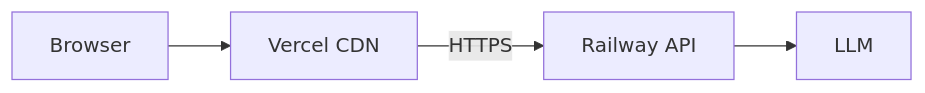
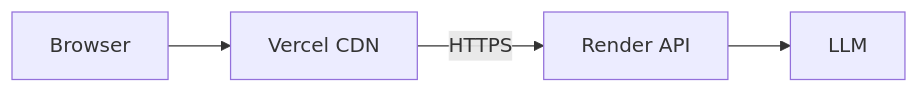
Before and after one commit to tejas2904-RM/Spotify-Moments-MVP: the second of 2 diagrams in Docs/architecture.md, drawn with Mermaid. The commit also changed other lines of this file and 17 other files, not shown here.

Commit message:
Switch backend deployment from Railway to Render; remove Railway/Koyeb/Fly configs.

````diff
--- a/Docs/architecture.md
+++ b/Docs/architecture.md
@@ -527,6 +528,6 @@
 ```mermaid
 flowchart LR
     Browser --> Vercel[Vercel CDN]
-    Vercel -->|HTTPS| Railway[Railway API]
-    Railway --> OpenAI[LLM]
+    Vercel -->|HTTPS| Render[Render API]
+    Render --> OpenAI[LLM]
 ```
````
